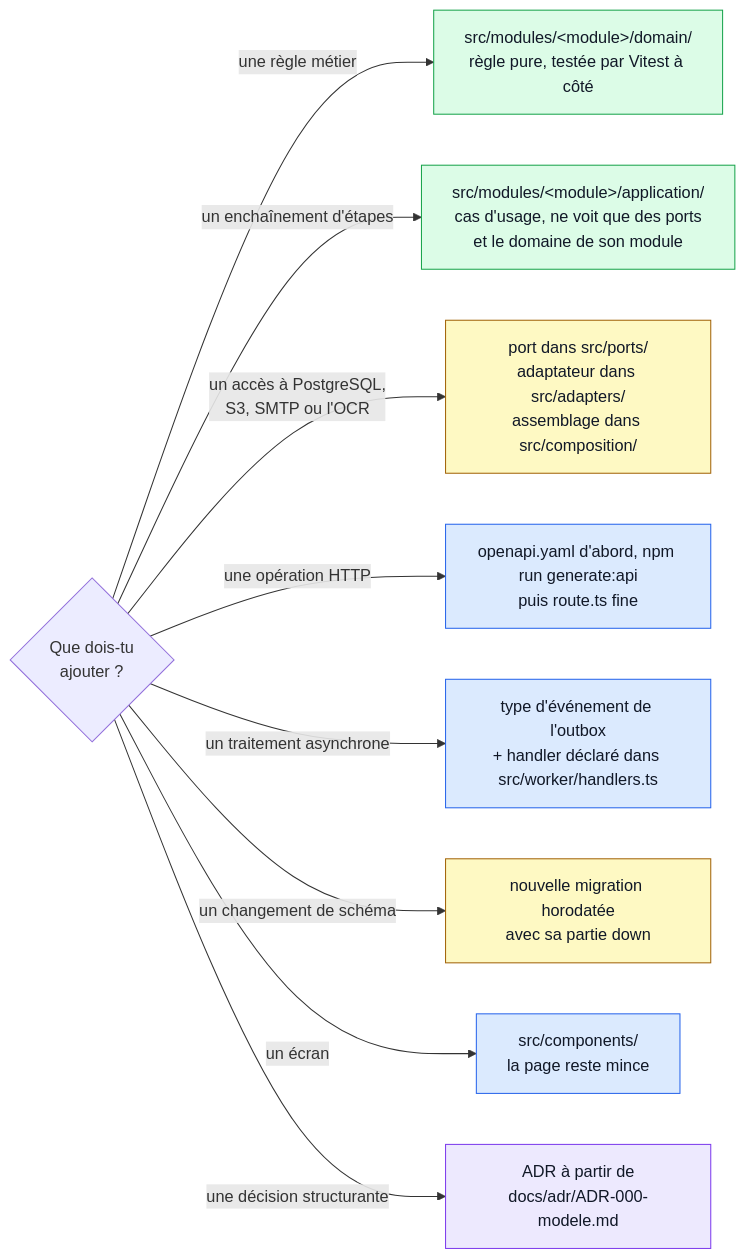
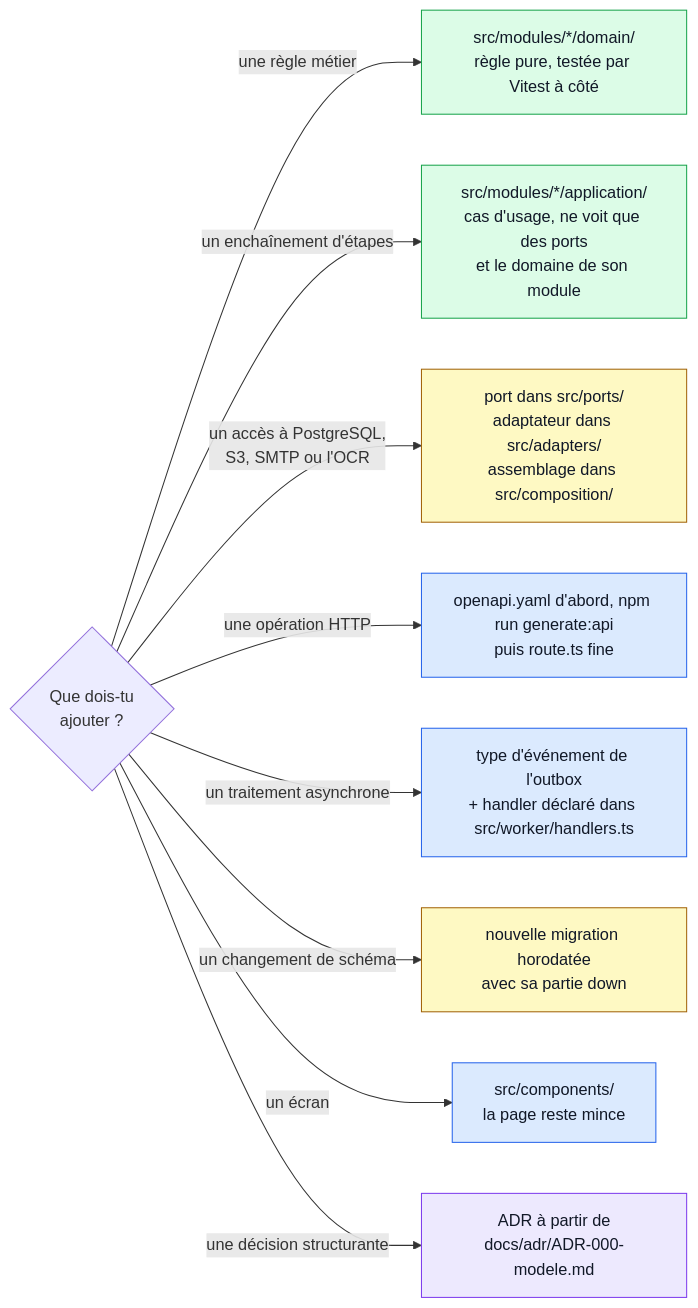
The diagram in docs/architecture/vues/ou-placer.mmd (2-MORGAN/expense-io), drawn with Mermaid before and after one commit. The commit also changed 26 other files, not shown here.

First line of the commit message:
refactor(modules): module validation séparé des notes de frais (ADR-002 §3.2)

```diff
--- a/docs/architecture/vues/ou-placer.mmd
+++ b/docs/architecture/vues/ou-placer.mmd
@@ -1,31 +1,31 @@
 flowchart LR
   %% Vue écrite à la main : la modifier ici, npm run generate:architecture la recopie dans docs/index.html.
   %% À tenir à jour avec CLAUDE.md (« Où placer le code »).
 
   q{"Que dois-tu<br/>ajouter ?"}
-  domain["src/modules/&lt;module&gt;/domain/<br/>règle pure, testée par Vitest à côté"]
-  usecase["src/modules/&lt;module&gt;/application/<br/>cas d'usage, ne voit que des ports<br/>et le domaine de son module"]
+  domain["src/modules/*/domain/<br/>règle pure, testée par Vitest à côté"]
+  usecase["src/modules/*/application/<br/>cas d'usage, ne voit que des ports<br/>et le domaine de son module"]
   port["port dans src/ports/<br/>adaptateur dans src/adapters/<br/>assemblage dans src/composition/"]
   route["openapi.yaml d'abord, npm run generate:api<br/>puis route.ts fine"]
   event["type d'événement de l'outbox<br/>+ handler déclaré dans src/worker/handlers.ts"]
   migration["nouvelle migration horodatée<br/>avec sa partie down"]
   ui["src/components/<br/>la page reste mince"]
   adr["ADR à partir de<br/>docs/adr/ADR-000-modele.md"]
 
   q -->|"une règle métier"| domain
   q -->|"un enchaînement d'étapes"| usecase
   q -->|"un accès à PostgreSQL,<br/>S3, SMTP ou l'OCR"| port
   q -->|"une opération HTTP"| route
   q -->|"un traitement asynchrone"| event
   q -->|"un changement de schéma"| migration
   q -->|"un écran"| ui
   q -->|"une décision structurante"| adr
 
   classDef coeur fill:#dcfce7,stroke:#16a34a,color:#111827
   classDef infra fill:#fef9c3,stroke:#a16207,color:#111827
   classDef entree fill:#dbeafe,stroke:#2563eb,color:#111827
   classDef doc fill:#ede9fe,stroke:#7c3aed,color:#111827
   class domain,usecase coeur
   class port,migration infra
   class route,event,ui entree
   class adr doc
```
